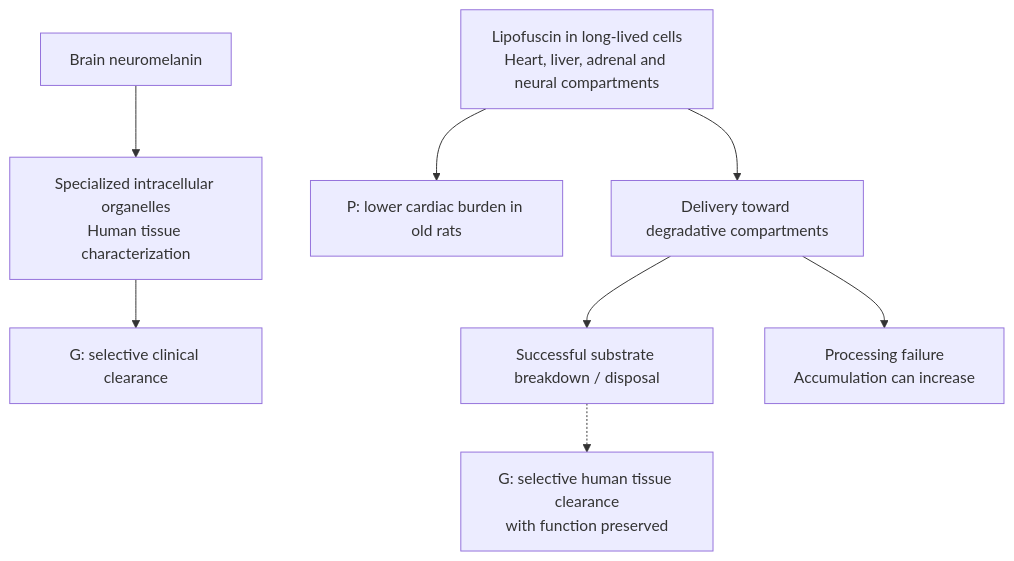
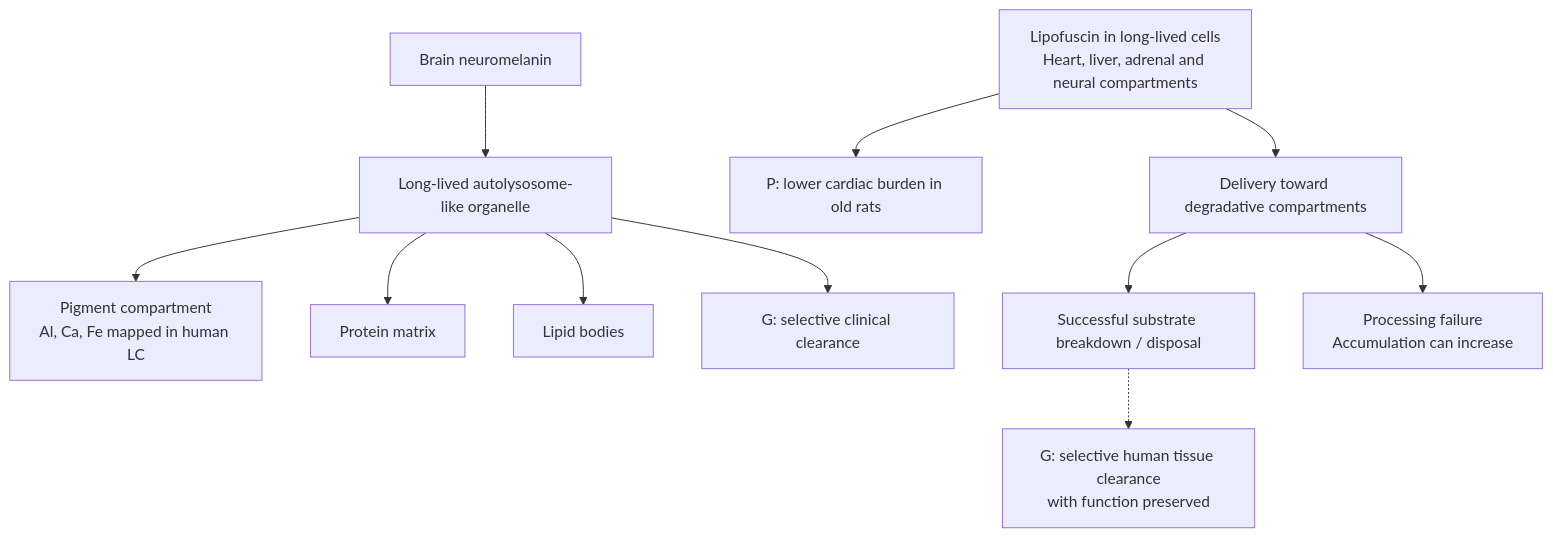
Before and after one commit to dylanstechmann/iris-color-without-contacts: the seventh of 11 diagrams in research/tissue-pigment-atlas.md, drawn with Mermaid. The commit also changed other lines of this file, not shown here.

Commit message:
Map neuromelanin cargo compartments in atlas

````diff
--- a/research/tissue-pigment-atlas.md
+++ b/research/tissue-pigment-atlas.md
@@ -170,11 +170,14 @@
 ```mermaid
 flowchart TD
-    B["Brain neuromelanin"] --> BO["Specialized intracellular organelles<br/>Human tissue characterization"]
+    B["Brain neuromelanin"] --> BO["Long-lived autolysosome-like organelle"]
+    BO --> NM["Pigment compartment<br/>Al, Ca, Fe mapped in human LC"]
+    BO --> PM["Protein matrix"]
+    BO --> LB["Lipid bodies"]
     BO --> BG["G: selective clinical clearance"]
     L["Lipofuscin in long-lived cells<br/>Heart, liver, adrenal and neural compartments"]
     L --> R["P: lower cardiac burden in old rats"]
     L --> A["Delivery toward degradative compartments"]
     A --> S["Successful substrate breakdown / disposal"]
     A --> F["Processing failure<br/>Accumulation can increase"]
     S -.-> G["G: selective human tissue clearance<br/>with function preserved"]
 ```
````
